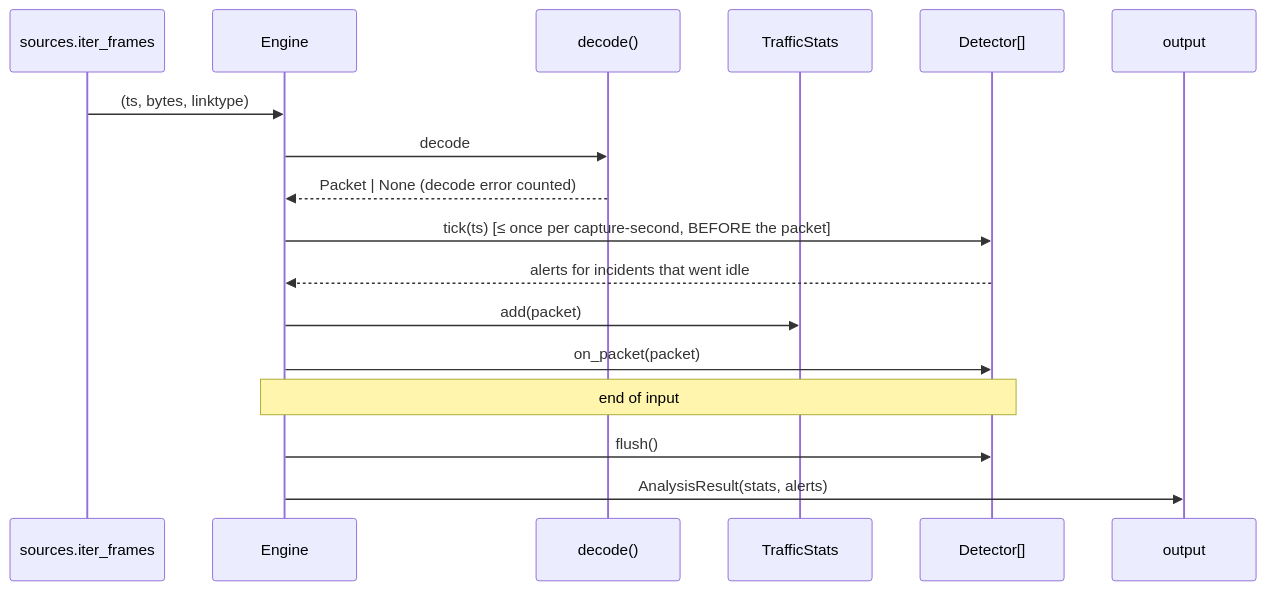
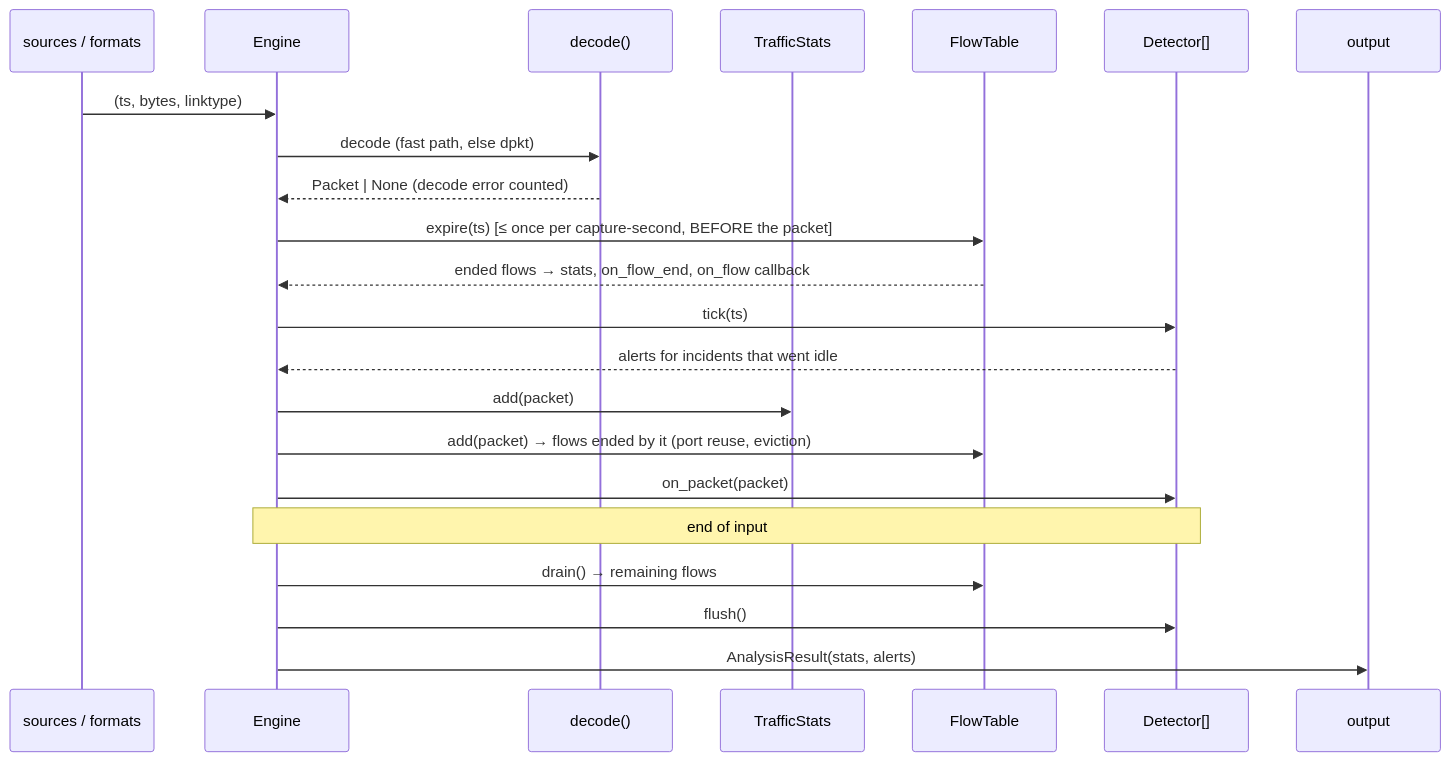
Before and after one commit to furkan-akkaya/NetGuard: the diagram in docs/ARCHITECTURE.md, drawn with Mermaid. The commit also changed other lines of this file and 14 other files, not shown here.

First line of the commit message:
docs: document v0.2.0 flows, readers and the restructured roadmap

````diff
--- a/docs/ARCHITECTURE.md
+++ b/docs/ARCHITECTURE.md
@@ -16,20 +16,25 @@
 ```mermaid
 sequenceDiagram
-    participant S as sources.iter_frames
+    participant S as sources / formats
     participant E as Engine
     participant D as decode()
     participant T as TrafficStats
+    participant F as FlowTable
     participant X as Detector[]
     participant O as output
 
     S->>E: (ts, bytes, linktype)
-    E->>D: decode
+    E->>D: decode (fast path, else dpkt)
     D-->>E: Packet | None (decode error counted)
-    E->>X: tick(ts)  [≤ once per capture-second, BEFORE the packet]
+    E->>F: expire(ts)  [≤ once per capture-second, BEFORE the packet]
+    F-->>E: ended flows → stats, on_flow_end, on_flow callback
+    E->>X: tick(ts)
     X-->>E: alerts for incidents that went idle
     E->>T: add(packet)
+    E->>F: add(packet) → flows ended by it (port reuse, eviction)
     E->>X: on_packet(packet)
     Note over E,X: end of input
+    E->>F: drain() → remaining flows
     E->>X: flush()
     E->>O: AnalysisResult(stats, alerts)
 ```
````
